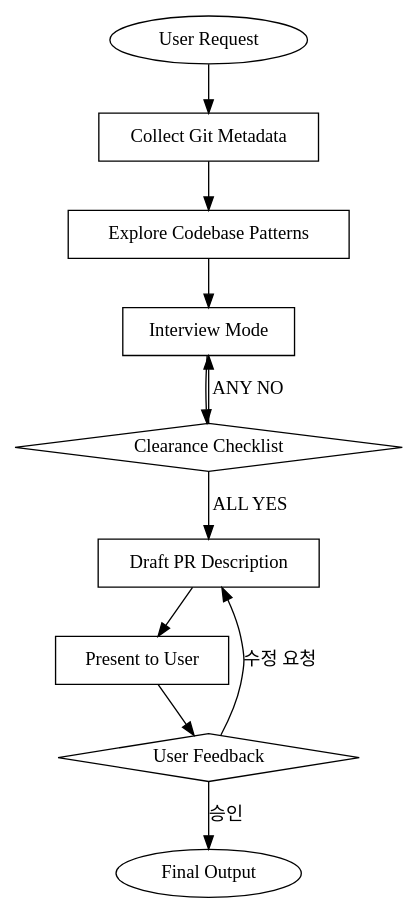
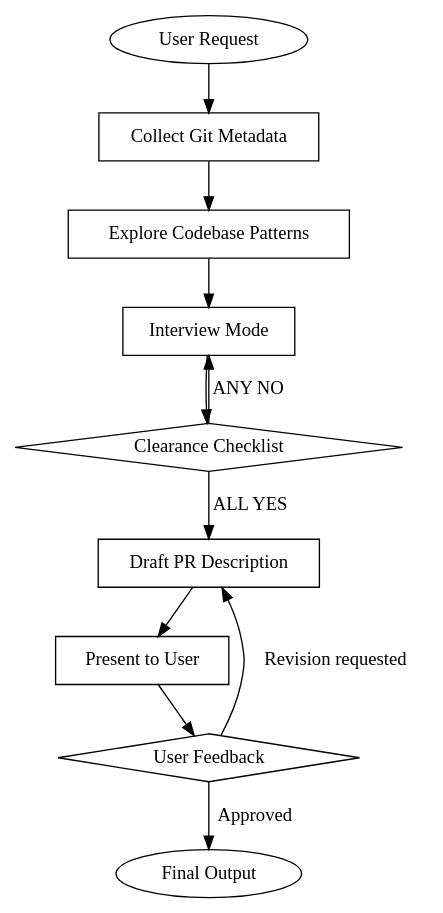
The diagram in skills/make-pr/SKILL.md (toongri/oh-my-toong-playground), drawn with Graphviz before and after one commit. The commit also changed other lines of this file and 4 other files, not shown here.

````diff
--- a/skills/make-pr/SKILL.md
+++ b/skills/make-pr/SKILL.md
@@ -53,26 +61,26 @@
 ```dot
 digraph make_pr_flow {
     rankdir=TB;
 
     "User Request" [shape=ellipse];
     "Collect Git Metadata" [shape=box];
     "Explore Codebase Patterns" [shape=box];
     "Interview Mode" [shape=box];
     "Clearance Checklist" [shape=diamond];
     "Draft PR Description" [shape=box];
     "Present to User" [shape=box];
     "User Feedback" [shape=diamond];
     "Final Output" [shape=ellipse];
 
     "User Request" -> "Collect Git Metadata";
     "Collect Git Metadata" -> "Explore Codebase Patterns";
     "Explore Codebase Patterns" -> "Interview Mode";
     "Interview Mode" -> "Clearance Checklist";
     "Clearance Checklist" -> "Interview Mode" [label="ANY NO"];
     "Clearance Checklist" -> "Draft PR Description" [label="ALL YES"];
     "Draft PR Description" -> "Present to User";
     "Present to User" -> "User Feedback";
-    "User Feedback" -> "Draft PR Description" [label="수정 요청"];
-    "User Feedback" -> "Final Output" [label="승인"];
+    "User Feedback" -> "Draft PR Description" [label="Revision requested"];
+    "User Feedback" -> "Final Output" [label="Approved"];
 }
 ```
````
